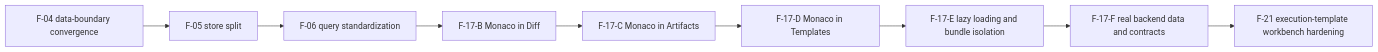
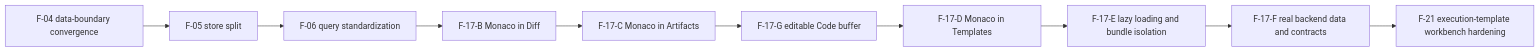
Before and after one commit to dunay2/dvt: the fourth of 4 diagrams in docs/planning/proposals/monaco-workbench-integration-rationale-20260402.md, drawn with Mermaid. The commit also changed other lines of this file and 29 other files, not shown here.

Commit message:
feat(web): Enable editable Code Monaco buffer

````diff
--- a/docs/planning/proposals/monaco-workbench-integration-rationale-20260402.md
+++ b/docs/planning/proposals/monaco-workbench-integration-rationale-20260402.md
@@ -182,11 +201,12 @@
 ```mermaid
 flowchart LR
   F04["F-04 data-boundary convergence"] --> F05["F-05 store split"]
   F05 --> F06["F-06 query standardization"]
   F06 --> F17B["F-17-B Monaco in Diff"]
   F17B --> F17C["F-17-C Monaco in Artifacts"]
-  F17C --> F17D["F-17-D Monaco in Templates"]
+  F17C --> F17G["F-17-G editable Code buffer"]
+  F17G --> F17D["F-17-D Monaco in Templates"]
   F17D --> F17E["F-17-E lazy loading and bundle isolation"]
   F17E --> F17F["F-17-F real backend data and contracts"]
   F17F --> F21["F-21 execution-template workbench hardening"]
 ```
````
